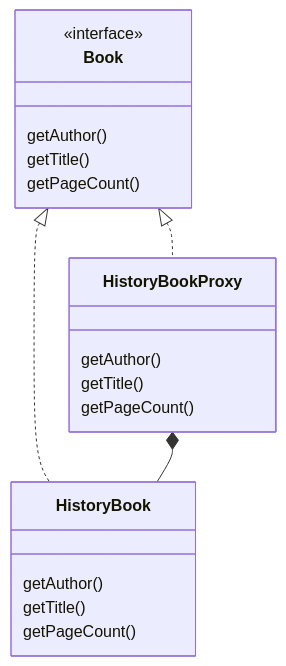
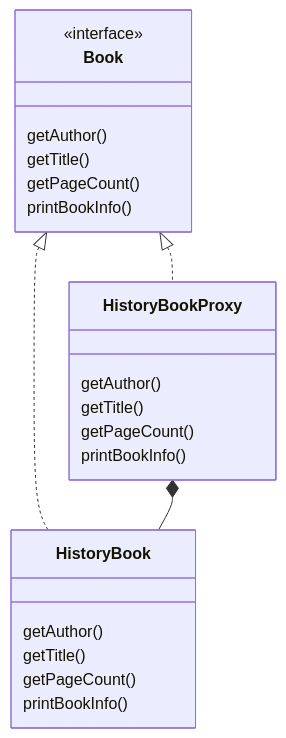
Before and after one commit to striped-s0cks/design-patterns: the diagram in src/proxyPattern/README.md, drawn with Mermaid.

Commit message:
update diagram

````diff
--- a/src/proxyPattern/README.md
+++ b/src/proxyPattern/README.md
@@ -3,26 +3,29 @@
 ```mermaid
 classDiagram
     class Book {
         <<interface>>
         getAuthor()
         getTitle()
         getPageCount()
+        printBookInfo()
     }
 
     class HistoryBookProxy {
         getAuthor()
         getTitle()
         getPageCount()
+        printBookInfo()
     }
 
     class HistoryBook {
         getAuthor()
         getTitle()
         getPageCount()
+        printBookInfo()
     }
 
     Book <|.. HistoryBookProxy
     Book <|.. HistoryBook
 
     HistoryBookProxy *-- HistoryBook
 ```
````
